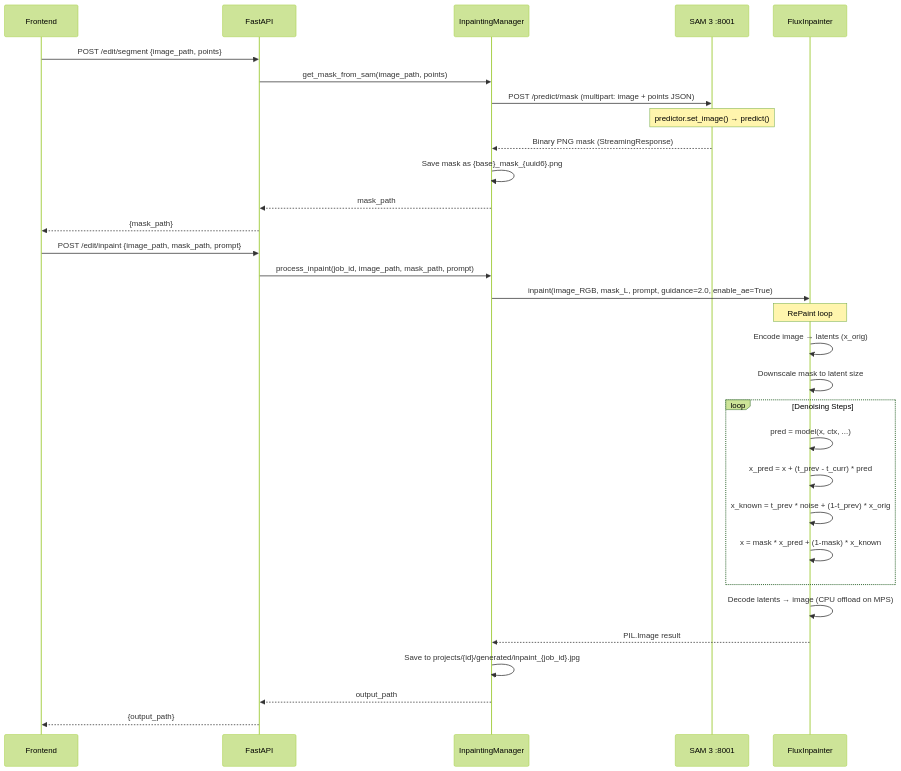
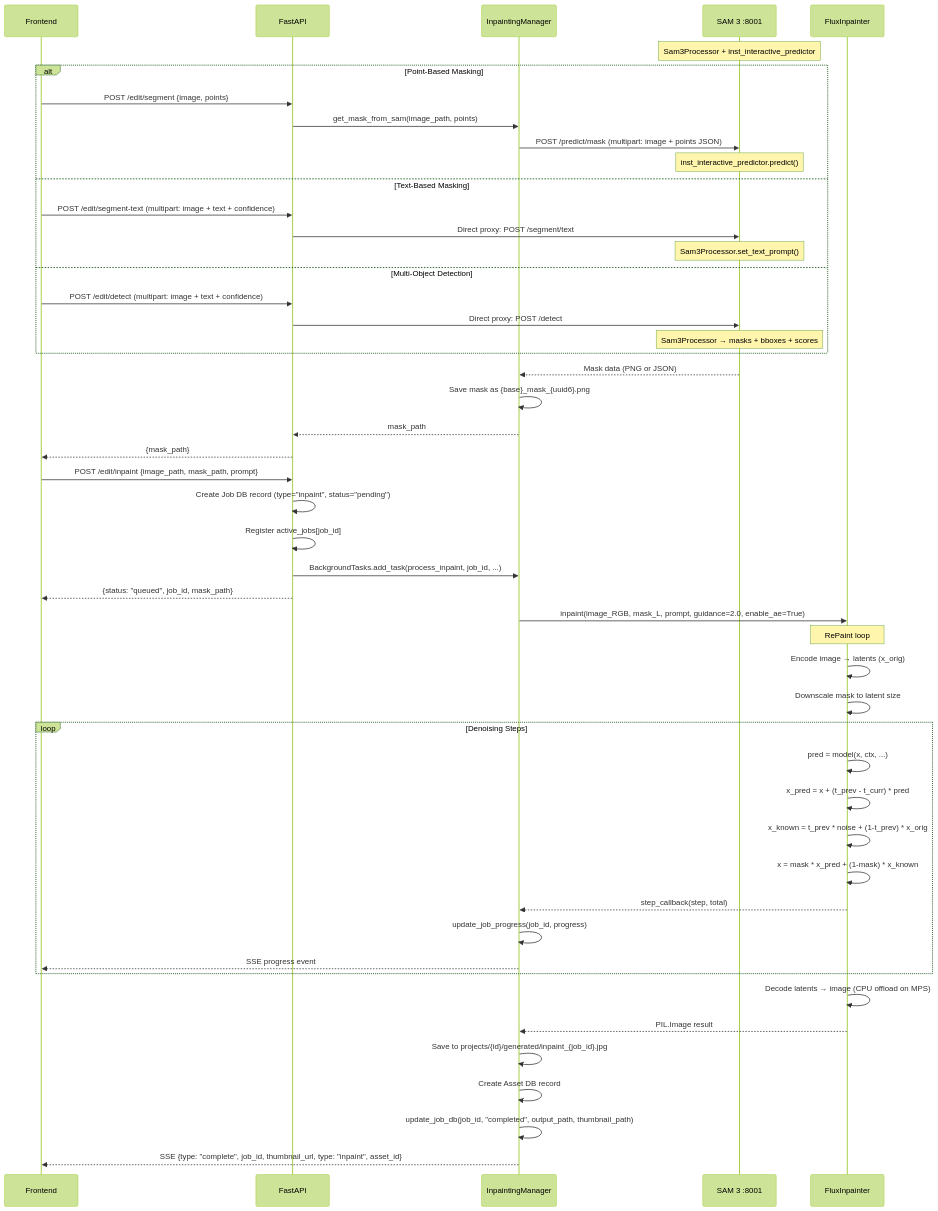
One commit to mainza-ai/milimovideo changed the third of 9 diagrams in docs/05_execution_flow.md. Above: the diagram before and after it, drawn with Mermaid (forest theme). The commit also changed other lines of this file and 31 other files, not shown here.

````diff
--- a/docs/05_execution_flow.md
+++ b/docs/05_execution_flow.md
@@ -133,38 +133,58 @@
 ```mermaid
 sequenceDiagram
     participant UI as Frontend
     participant API as FastAPI
     participant InpMgr as InpaintingManager
     participant SAM as SAM 3 :8001
     participant Flux as FluxInpainter
 
-    UI->>API: POST /edit/segment {image_path, points}
-    API->>InpMgr: get_mask_from_sam(image_path, points)
-    InpMgr->>SAM: POST /predict/mask (multipart: image + points JSON)
-    
-    Note over SAM: predictor.set_image() → predict()
-    SAM-->>InpMgr: Binary PNG mask (StreamingResponse)
+    Note over SAM: Sam3Processor + inst_interactive_predictor
+
+    alt Point-Based Masking
+        UI->>API: POST /edit/segment {image, points}
+        API->>InpMgr: get_mask_from_sam(image_path, points)
+        InpMgr->>SAM: POST /predict/mask (multipart: image + points JSON)
+        Note over SAM: inst_interactive_predictor.predict()
+    else Text-Based Masking
+        UI->>API: POST /edit/segment-text (multipart: image + text + confidence)
+        API->>SAM: Direct proxy: POST /segment/text
+        Note over SAM: Sam3Processor.set_text_prompt()
+    else Multi-Object Detection
+        UI->>API: POST /edit/detect (multipart: image + text + confidence)
+        API->>SAM: Direct proxy: POST /detect
+        Note over SAM: Sam3Processor → masks + bboxes + scores
+    end
+
+    SAM-->>InpMgr: Mask data (PNG or JSON)
     InpMgr->>InpMgr: Save mask as {base}_mask_{uuid6}.png
     InpMgr-->>API: mask_path
     API-->>UI: {mask_path}
 
     UI->>API: POST /edit/inpaint {image_path, mask_path, prompt}
-    API->>InpMgr: process_inpaint(job_id, image_path, mask_path, prompt)
+    API->>API: Create Job DB record (type="inpaint", status="pending")
+    API->>API: Register active_jobs[job_id]
+    API->>InpMgr: BackgroundTasks.add_task(process_inpaint, job_id, ...)
+    API-->>UI: {status: "queued", job_id, mask_path}
+
     InpMgr->>Flux: inpaint(image_RGB, mask_L, prompt, guidance=2.0, enable_ae=True)
     
     Note over Flux: RePaint loop
     Flux->>Flux: Encode image → latents (x_orig)
     Flux->>Flux: Downscale mask to latent size
     loop Denoising Steps
         Flux->>Flux: pred = model(x, ctx, ...)
         Flux->>Flux: x_pred = x + (t_prev - t_curr) * pred
         Flux->>Flux: x_known = t_prev * noise + (1-t_prev) * x_orig
         Flux->>Flux: x = mask * x_pred + (1-mask) * x_known
+        Flux-->>InpMgr: step_callback(step, total)
+        InpMgr->>InpMgr: update_job_progress(job_id, progress)
+        InpMgr-->>UI: SSE progress event
     end
     Flux->>Flux: Decode latents → image (CPU offload on MPS)
     
     Flux-->>InpMgr: PIL.Image result
     InpMgr->>InpMgr: Save to projects/{id}/generated/inpaint_{job_id}.jpg
-    InpMgr-->>API: output_path
-    API-->>UI: {output_path}
+    InpMgr->>InpMgr: Create Asset DB record
+    InpMgr->>InpMgr: update_job_db(job_id, "completed", output_path, thumbnail_path)
+    InpMgr-->>UI: SSE {type: "complete", job_id, thumbnail_url, type: "inpaint", asset_id}
 ```
````
